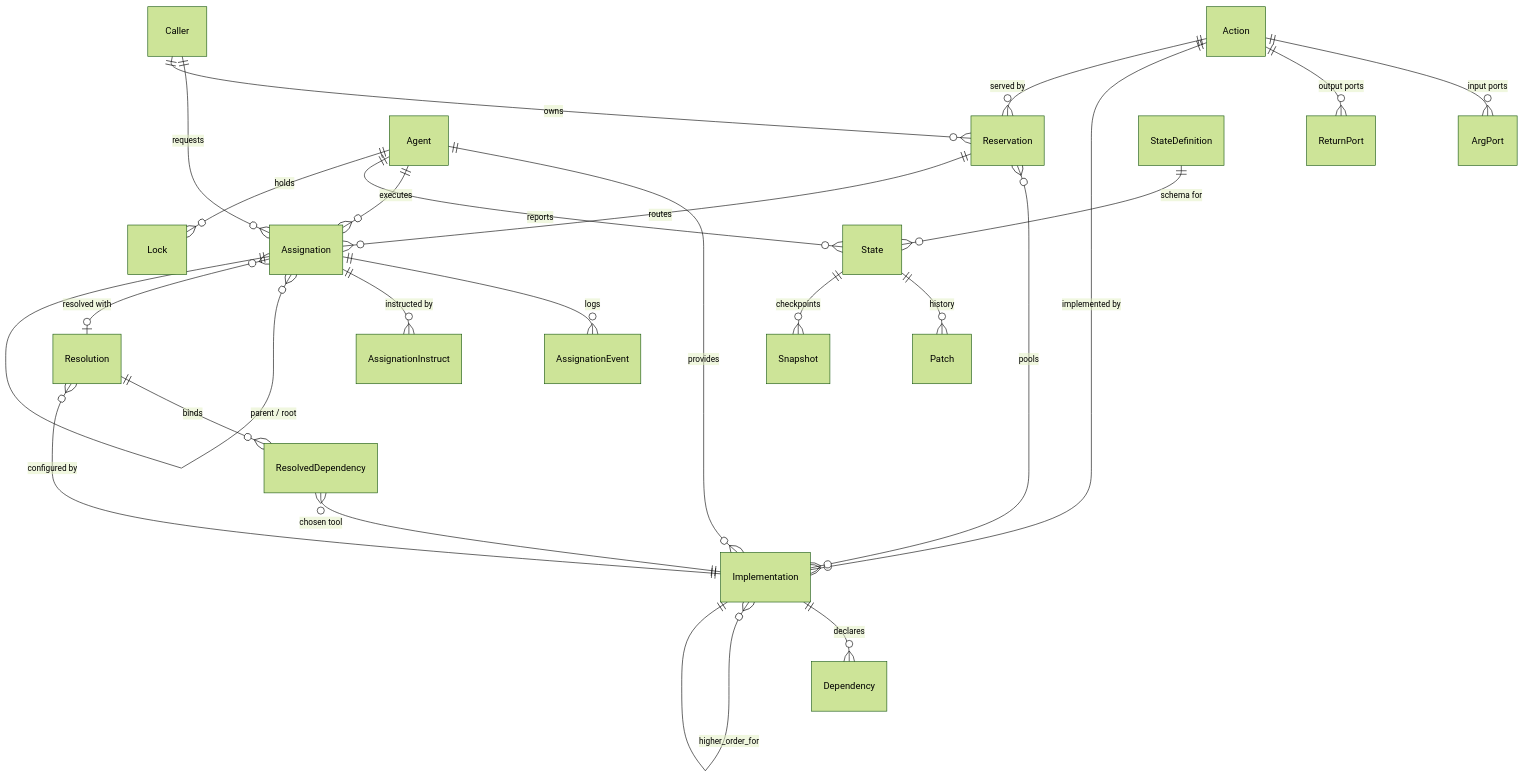
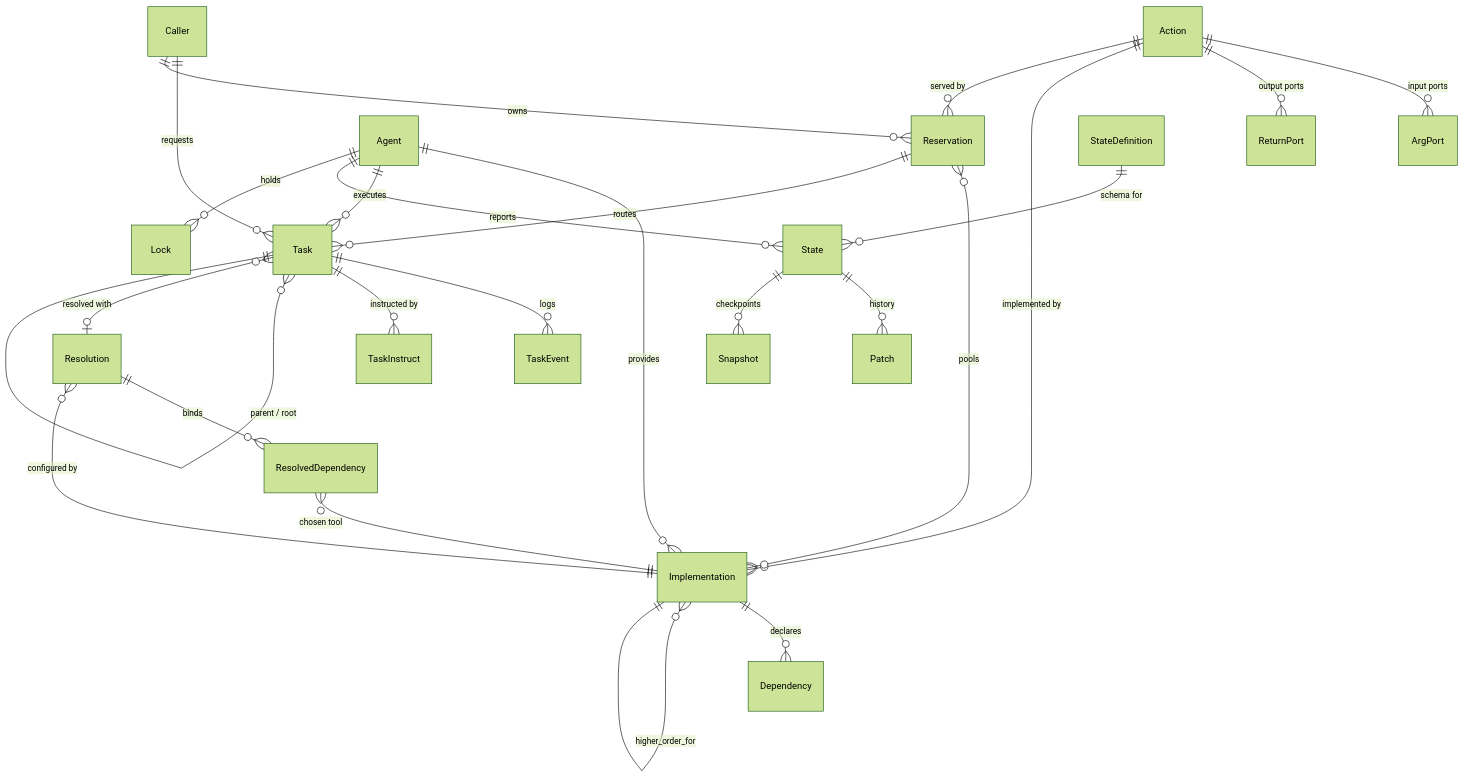
The diagram in docs/design/domain-model.md (arkitektio/rekuest-server-next), drawn with Mermaid (forest theme) before and after one commit. The commit also changed other lines of this file and 85 other files, not shown here.

````diff
--- a/docs/design/domain-model.md
+++ b/docs/design/domain-model.md
@@ -12,33 +12,33 @@
 ```mermaid
 erDiagram
-    Caller ||--o{ Assignation : "requests"
+    Caller ||--o{ Task : "requests"
     Caller ||--o{ Reservation : "owns"
     Agent ||--o{ Implementation : "provides"
-    Agent ||--o{ Assignation : "executes"
+    Agent ||--o{ Task : "executes"
     Agent ||--o{ State : "reports"
     Agent ||--o{ Lock : "holds"
 
     Action ||--o{ ArgPort : "input ports"
     Action ||--o{ ReturnPort : "output ports"
     Action ||--o{ Implementation : "implemented by"
     Action ||--o{ Reservation : "served by"
 
     Implementation ||--o{ Dependency : "declares"
     Implementation ||--o{ Resolution : "configured by"
     Implementation }o--|| Implementation : "higher_order_for"
 
     Reservation }o--o{ Implementation : "pools"
-    Reservation ||--o{ Assignation : "routes"
+    Reservation ||--o{ Task : "routes"
 
-    Assignation ||--o{ AssignationEvent : "logs"
-    Assignation ||--o{ AssignationInstruct : "instructed by"
-    Assignation }o--|| Assignation : "parent / root"
-    Assignation }o--o| Resolution : "resolved with"
+    Task ||--o{ TaskEvent : "logs"
+    Task ||--o{ TaskInstruct : "instructed by"
+    Task }o--|| Task : "parent / root"
+    Task }o--o| Resolution : "resolved with"
 
     Resolution ||--o{ ResolvedDependency : "binds"
     ResolvedDependency }o--|| Implementation : "chosen tool"
 
     StateDefinition ||--o{ State : "schema for"
     State ||--o{ Patch : "history"
     State ||--o{ Snapshot : "checkpoints"
 ```
````
